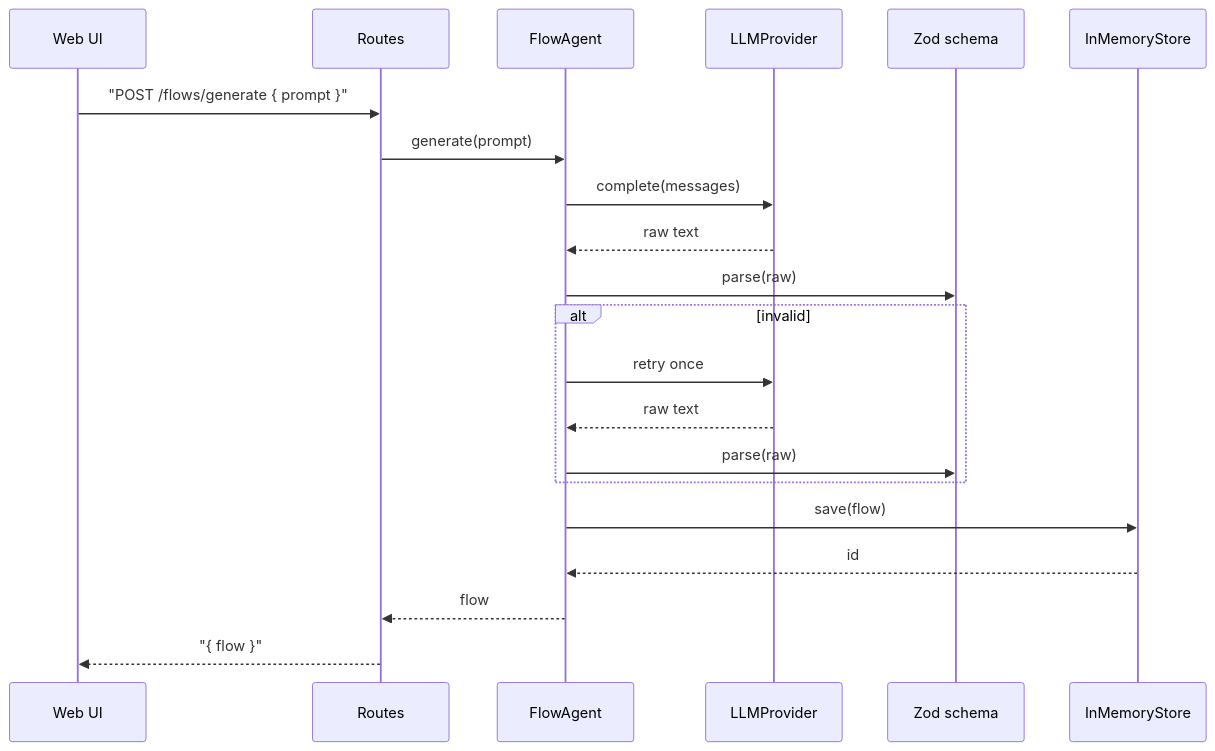
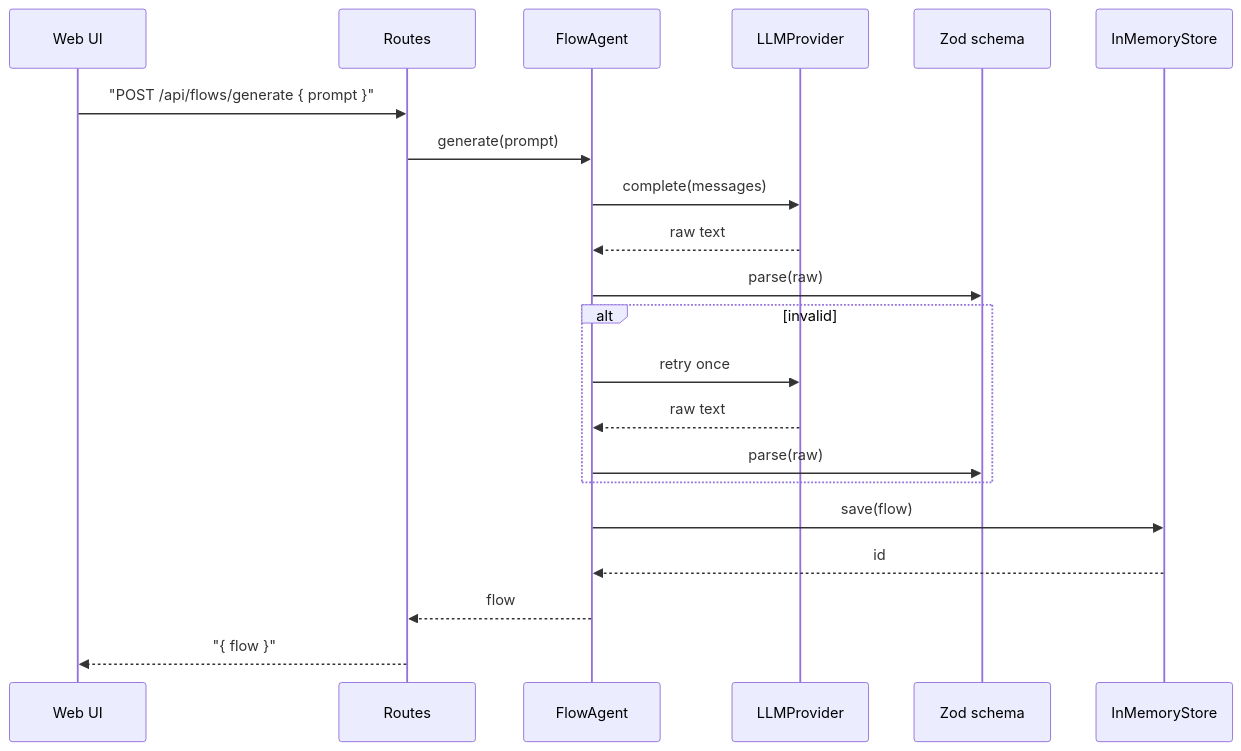
One commit to mikeyangyun/Wati-Automation-Copilot changed the first of 3 diagrams in docs/architecture.md. Above: the diagram before and after it, drawn with Mermaid. The commit also changed other lines of this file and 1 other file, not shown here.

Commit message:
docs: update product and architecture documentation to reflect API endpoint changes and clarify node vocabulary

````diff
--- a/docs/architecture.md
+++ b/docs/architecture.md
@@ -16,24 +16,24 @@
 ```mermaid
 sequenceDiagram
     participant UI as Web UI
     participant API as Routes
     participant Agent as FlowAgent
     participant Provider as LLMProvider
     participant Schema as Zod schema
     participant Store as InMemoryStore
 
-    UI->>API: "POST /flows/generate { prompt }"
+    UI->>API: "POST /api/flows/generate { prompt }"
     API->>Agent: generate(prompt)
     Agent->>Provider: complete(messages)
     Provider-->>Agent: raw text
     Agent->>Schema: parse(raw)
     alt invalid
         Agent->>Provider: retry once
         Provider-->>Agent: raw text
         Agent->>Schema: parse(raw)
     end
     Agent->>Store: save(flow)
     Store-->>Agent: id
     Agent-->>API: flow
     API-->>UI: "{ flow }"
 ```
````
